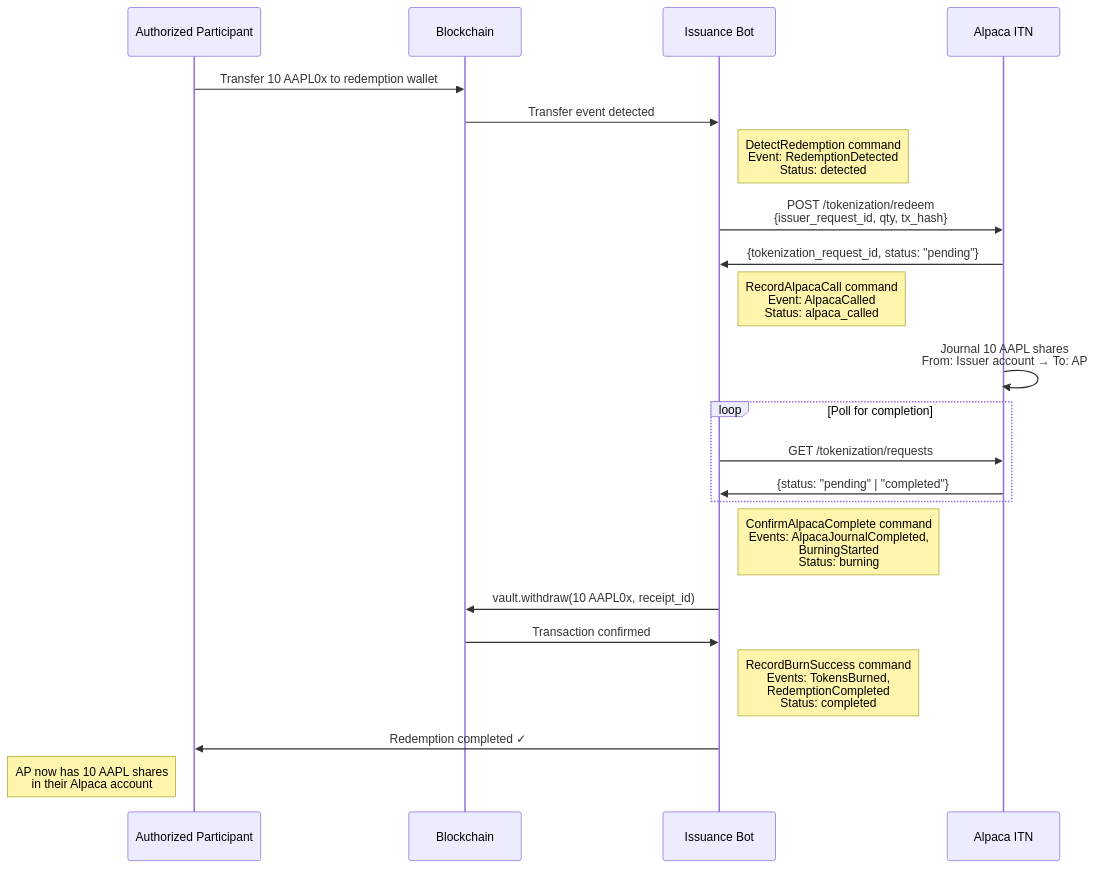
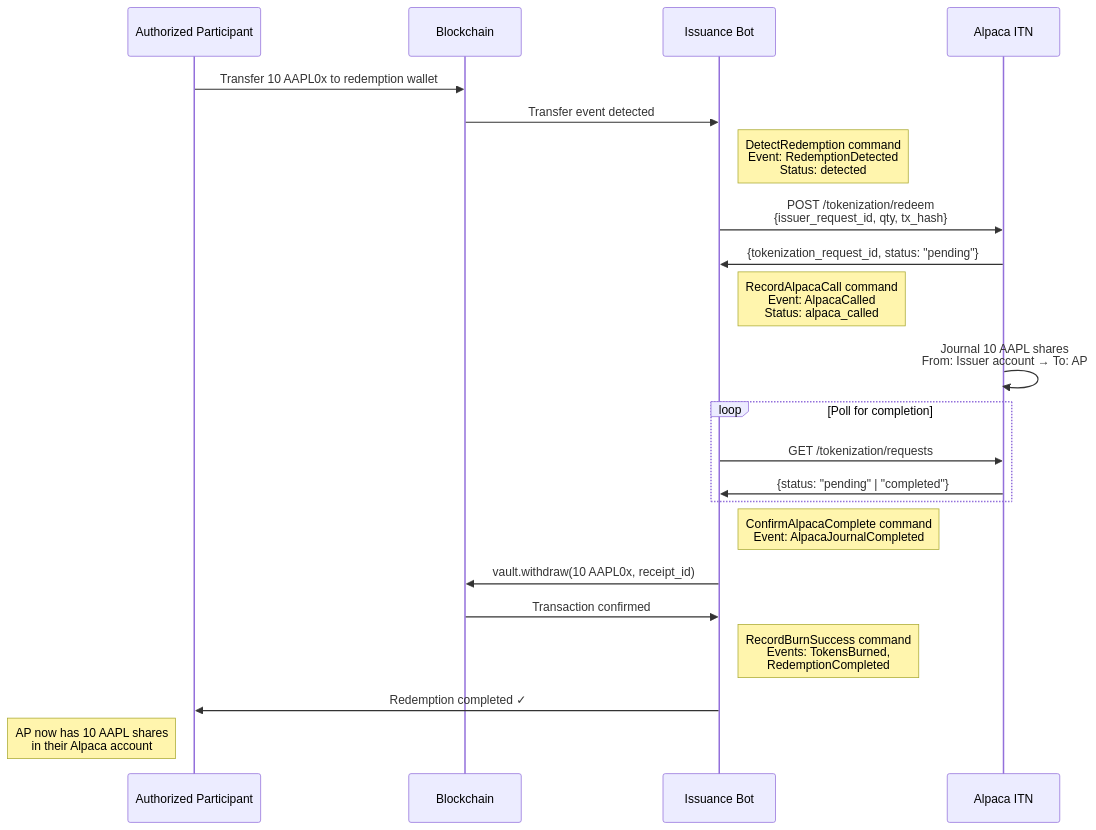
Before and after one commit to ST0x-Technology/st0x.issuance: the fourth of 6 diagrams in SPEC.md, drawn with Mermaid. The commit also changed other lines of this file, not shown here.

````diff
--- a/SPEC.md
+++ b/SPEC.md
@@ -766,31 +765,31 @@
 ```mermaid
 sequenceDiagram
     participant AP as Authorized Participant
     participant Blockchain as Blockchain
     participant Us as Issuance Bot
     participant Alpaca as Alpaca ITN
 
     AP->>Blockchain: Transfer 10 AAPL0x to redemption wallet
     Blockchain->>Us: Transfer event detected
     Note right of Us: DetectRedemption command<br/>Event: RedemptionDetected<br/>Status: detected
 
     Us->>Alpaca: POST /tokenization/redeem<br/>{issuer_request_id, qty, tx_hash}
     Alpaca->>Us: {tokenization_request_id, status: "pending"}
     Note right of Us: RecordAlpacaCall command<br/>Event: AlpacaCalled<br/>Status: alpaca_called
 
     Alpaca->>Alpaca: Journal 10 AAPL shares<br/>From: Issuer account → To: AP
 
     loop Poll for completion
         Us->>Alpaca: GET /tokenization/requests
         Alpaca->>Us: {status: "pending" | "completed"}
     end
 
-    Note right of Us: ConfirmAlpacaComplete command<br/>Events: AlpacaJournalCompleted,<br/>BurningStarted<br/>Status: burning
+    Note right of Us: ConfirmAlpacaComplete command<br/>Event: AlpacaJournalCompleted
 
     Us->>Blockchain: vault.withdraw(10 AAPL0x, receipt_id)
     Blockchain->>Us: Transaction confirmed
-    Note right of Us: RecordBurnSuccess command<br/>Events: TokensBurned,<br/>RedemptionCompleted<br/>Status: completed
+    Note right of Us: RecordBurnSuccess command<br/>Events: TokensBurned,<br/>RedemptionCompleted
 
     Us->>AP: Redemption completed ✓
     Note left of AP: AP now has 10 AAPL shares<br/>in their Alpaca account
 ```
````
